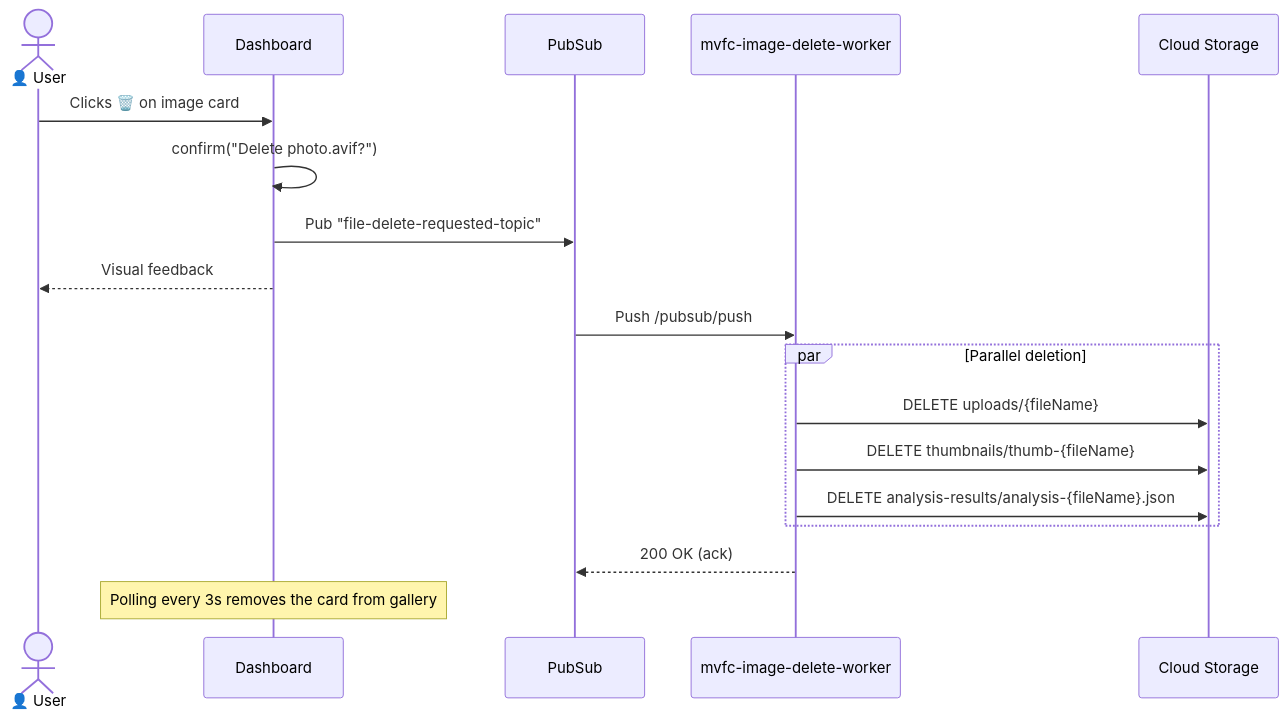
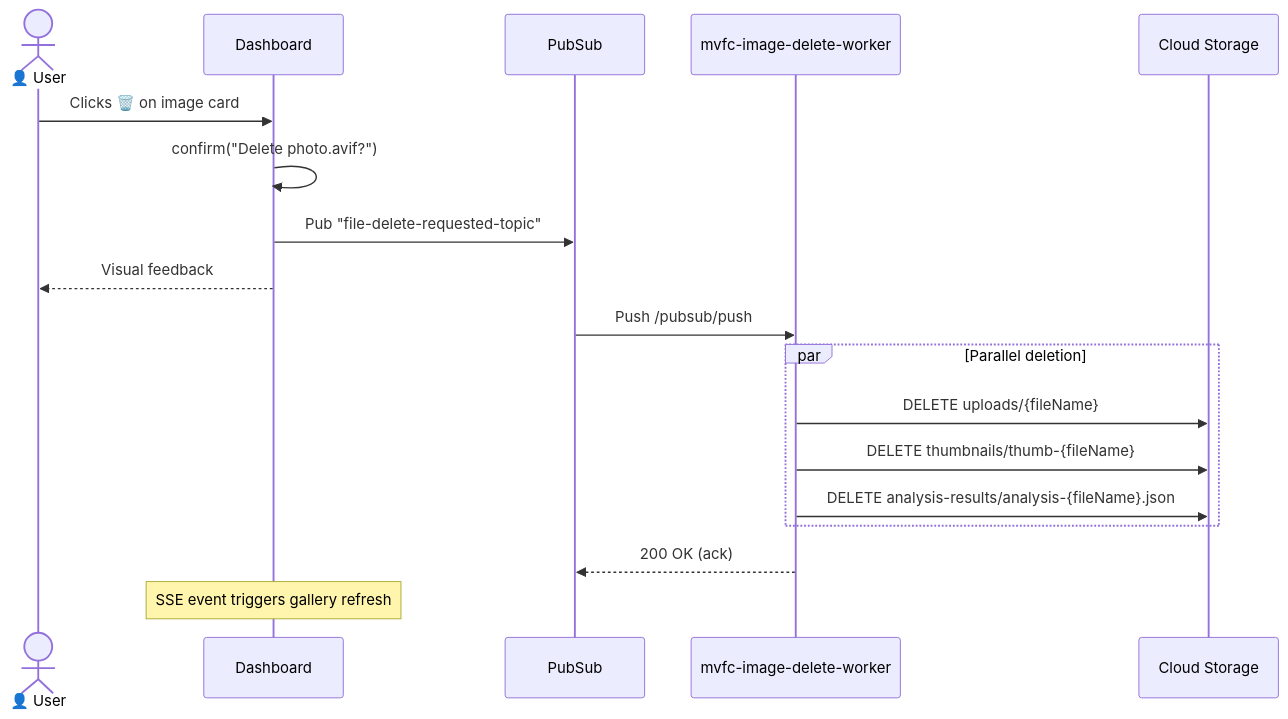
The third of 5 diagrams in README.md (Marcus-V-Freitas/MVFC.ImageProcessing), drawn with Mermaid before and after one commit. The commit also changed other lines of this file and 60 other files, not shown here.

````diff
--- a/README.md
+++ b/README.md
@@ -183,25 +185,25 @@
 ```mermaid
 sequenceDiagram
     actor U as 👤 User
     participant D as Dashboard
     participant PS as PubSub
     participant DW as mvfc-image-delete-worker
     participant GCS as Cloud Storage
 
     U->>D: Clicks 🗑️ on image card
     D->>D: confirm("Delete photo.avif?")
     D->>PS: Pub "file-delete-requested-topic"
     D-->>U: Visual feedback
 
     PS->>DW: Push /pubsub/push
     
     par Parallel deletion
         DW->>GCS: DELETE uploads/{fileName}
         DW->>GCS: DELETE thumbnails/thumb-{fileName}
         DW->>GCS: DELETE analysis-results/analysis-{fileName}.json
     end
 
     DW-->>PS: 200 OK (ack)
 
-    Note over D: Polling every 3s removes the card from gallery
+    Note over D: SSE event triggers gallery refresh
 ```
````
